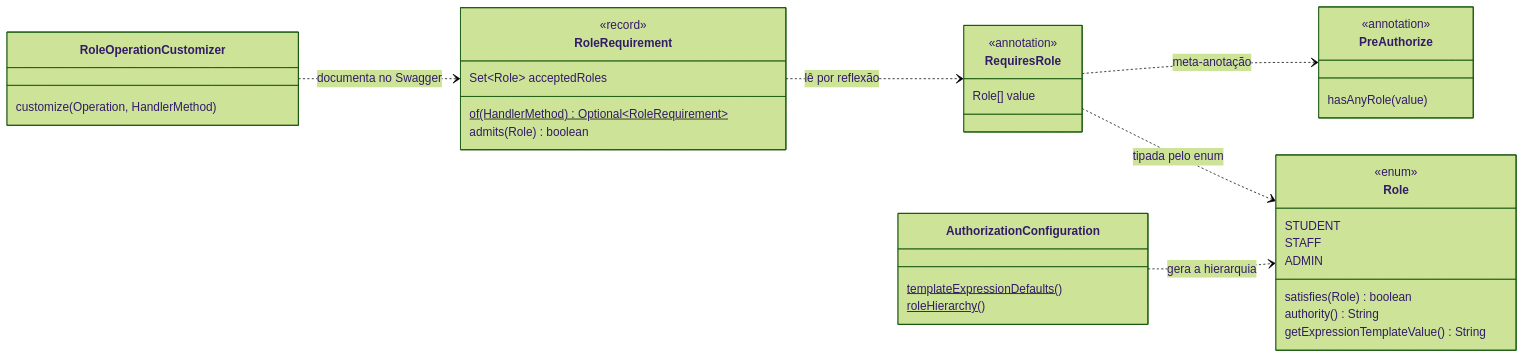
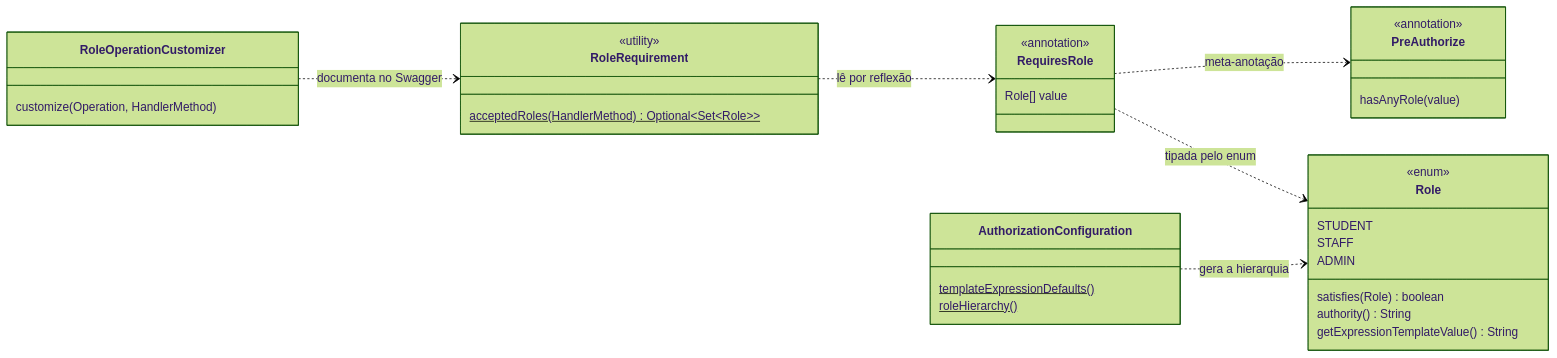
One commit to p1lloww/cade-backend changed the third of 3 diagrams in docs/tecnico/autorizacao.md. Above: the diagram before and after it, drawn with Mermaid (forest theme). The commit also changed other lines of this file and 4 other files, not shown here.

Commit message:
[ACE-03] RoleRequirement só com métodos estáticos, sem o admits do interceptor

````diff
--- a/docs/tecnico/autorizacao.md
+++ b/docs/tecnico/autorizacao.md
@@ -238,39 +238,37 @@
 ```mermaid
 classDiagram
     direction LR
     class RequiresRole {
         <<annotation>>
         Role[] value
     }
     class PreAuthorize {
         <<annotation>>
         hasAnyRole(value)
     }
     class Role {
         <<enum>>
         STUDENT
         STAFF
         ADMIN
         satisfies(Role) boolean
         authority() String
         getExpressionTemplateValue() String
     }
     class RoleRequirement {
-        <<record>>
-        Set~Role~ acceptedRoles
-        of(HandlerMethod)$ Optional~RoleRequirement~
-        admits(Role) boolean
+        <<utility>>
+        acceptedRoles(HandlerMethod)$ Optional~Set~Role~~
     }
     class AuthorizationConfiguration {
         templateExpressionDefaults()$
         roleHierarchy()$
     }
     class RoleOperationCustomizer {
         customize(Operation, HandlerMethod)
     }
     RequiresRole ..> PreAuthorize : meta-anotação
     RequiresRole ..> Role : tipada pelo enum
     AuthorizationConfiguration ..> Role : gera a hierarquia
     RoleRequirement ..> RequiresRole : lê por reflexão
     RoleOperationCustomizer ..> RoleRequirement : documenta no Swagger
 ```
````
